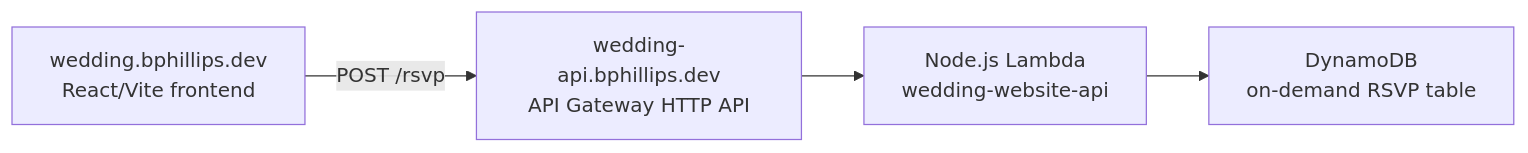
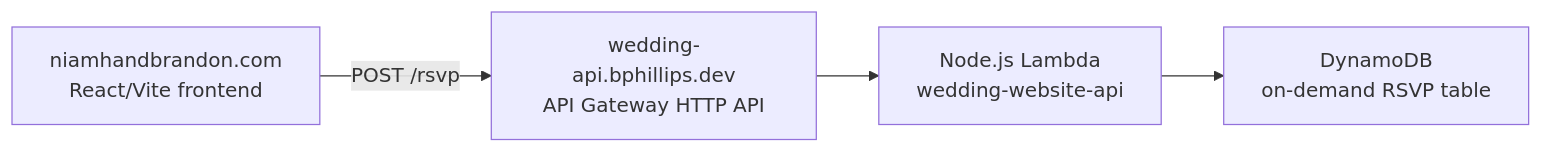
The diagram in apps/personal/wedding-website/PRODUCTION_RSVP_ARCHITECTURE.md (BrandonP321/sandbox-monorepo), drawn with Mermaid before and after one commit. The commit also changed other lines of this file and 7 other files, not shown here.

````diff
--- a/apps/personal/wedding-website/PRODUCTION_RSVP_ARCHITECTURE.md
+++ b/apps/personal/wedding-website/PRODUCTION_RSVP_ARCHITECTURE.md
@@ -13,6 +13,6 @@
 ```mermaid
 flowchart LR
-  Web["wedding.bphillips.dev\nReact/Vite frontend"] -->|"POST /rsvp"| Api["wedding-api.bphillips.dev\nAPI Gateway HTTP API"]
+  Web["niamhandbrandon.com\nReact/Vite frontend"] -->|"POST /rsvp"| Api["wedding-api.bphillips.dev\nAPI Gateway HTTP API"]
   Api --> Lambda["Node.js Lambda\nwedding-website-api"]
   Lambda --> Table["DynamoDB\non-demand RSVP table"]
 ```
````
